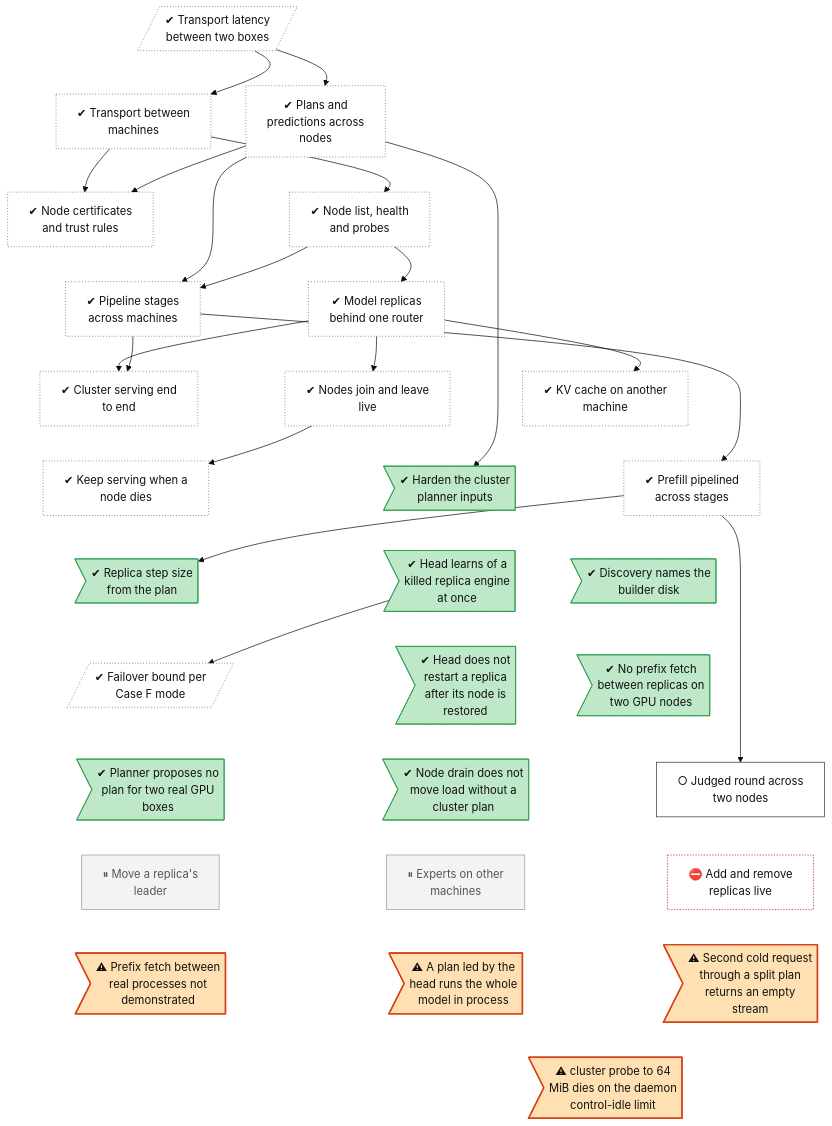
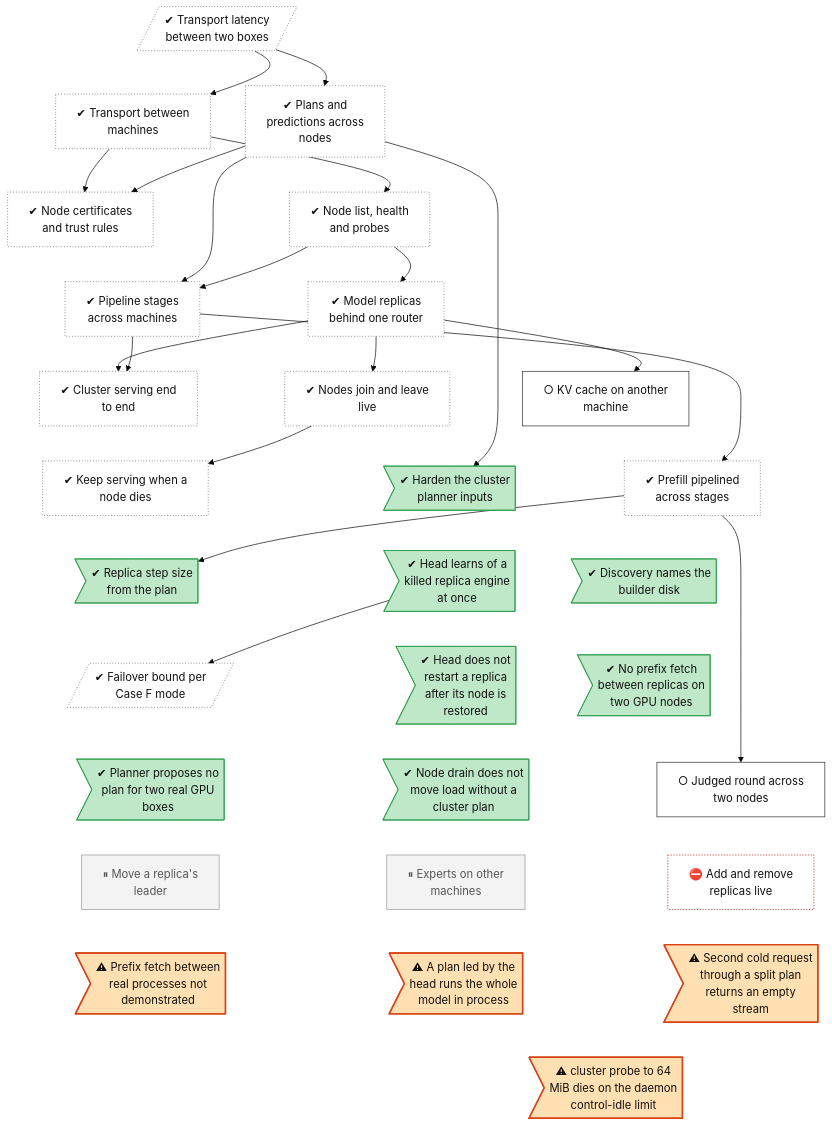
One commit to lhns/tetraeder changed the diagram in docs/roadmap/tracks/cluster.md. Above: the diagram before and after it, drawn with Mermaid (base theme). The commit also changed other lines of this file and 59 other files, not shown here.

Commit message:
Advisor decisions 2026-11-25: Case F fault timing by direct trigger and invalid-trial repeats, Case S link gate before the download (rule-change log); rehearsal 2 note on what the 30B errors test; cluster-remote-kv reopened (not measured)

```diff
--- a/docs/roadmap/tracks/cluster.md
+++ b/docs/roadmap/tracks/cluster.md
@@ -18,7 +18,7 @@
     cluster_replicas["✔ Model replicas<br/>behind one router"]
     cluster_integration["✔ Cluster serving end<br/>to end"]
     cluster_join_leave["✔ Nodes join and leave<br/>live"]
-    cluster_remote_kv["✔ KV cache on another<br/>machine"]
+    cluster_remote_kv["○ KV cache on another<br/>machine"]
     cluster_failover["✔ Keep serving when a<br/>node dies"]
     cluster_planner_hardening>"✔ Harden the cluster<br/>planner inputs"]
     cluster_pipeline_prefill["✔ Prefill pipelined<br/>across stages"]
@@ -100,9 +100,9 @@
     classDef decided fill:#ece0f7,stroke:#7b3fb5,stroke-dasharray:2 2,color:#111
     classDef finding fill:#ffe0b2,stroke:#d84315,stroke-width:2px,color:#111
     classDef waiting fill:#e3f2fd,stroke:#1f6fc5,stroke-dasharray:5 5,color:#111
-    class cluster_transport_wan,cluster_transport,cluster_planner,cluster_mtls,cluster_discovery,cluster_pipeline_nodes,cluster_replicas,cluster_integration,cluster_join_leave,cluster_remote_kv,cluster_failover,cluster_pipeline_prefill,cluster_failover_bound unrated
+    class cluster_transport_wan,cluster_transport,cluster_planner,cluster_mtls,cluster_discovery,cluster_pipeline_nodes,cluster_replicas,cluster_integration,cluster_join_leave,cluster_failover,cluster_pipeline_prefill,cluster_failover_bound unrated
+    class cluster_remote_kv,cluster_judged_round_cmd next
     class cluster_planner_hardening,cluster_step_tokens_from_plan,cluster_mode1_detection,cluster_discovery_disk_names,cluster_rejoin_after_restore,cluster_prefix_fetch_not_triggered,cluster_plan_source_gpu_segments,cluster_drain_without_plan succ
-    class cluster_judged_round_cmd next
     class cluster_leader_move,cluster_experts_nodes parked
     class cluster_replica_scaling blocked
     class cluster_prefix_fetch_not_observed,cluster_head_led_plan_ignores_segments,cluster_second_cold_request_empty,cluster_probe_control_idle finding
```
